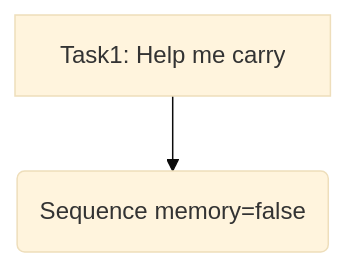
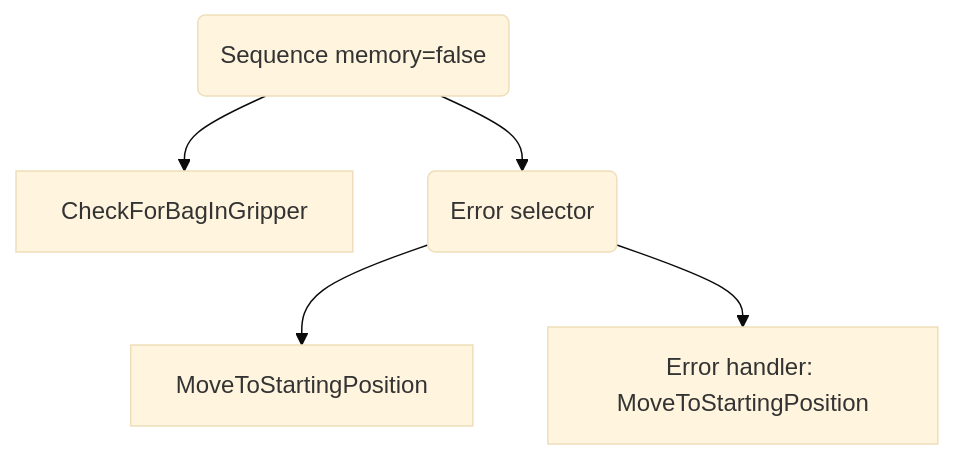
The third of 6 diagrams in code/arlab_decision_making/README.md (una-auxme/arlab), drawn with Mermaid (base theme) before and after one commit. The commit also changed other lines of this file, not shown here.

Commit message:
task1 + error sequence + formatting

````diff
--- a/code/arlab_decision_making/README.md
+++ b/code/arlab_decision_making/README.md
@@ -19,4 +36,7 @@
 ```mermaid
 flowchart TD
-    R[Task1: Help me carry] --> S0(Sequence memory=false)
+    S0(Sequence memory=false) --> CFBIG[CheckForBagInGripper]
+    S0 --> ES0(Error selector)
+    ES0 --> MTSP[MoveToStartingPosition]
+    ES0 --> EH_MTSP[Error handler: MoveToStartingPosition]
 ```
````
